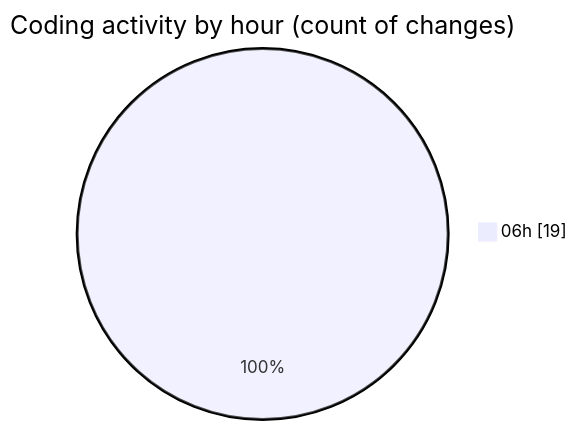
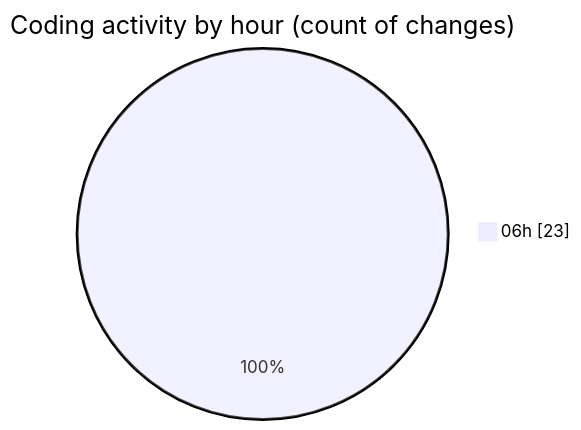
One commit to ernivani/code-tracking changed the second of 2 diagrams in 2025-01-03/impin_fr/README.md. Above: the diagram before and after it, drawn with Mermaid. The commit also changed other lines of this file and 4 other files, not shown here.

````diff
--- a/2025-01-03/impin_fr/README.md
+++ b/2025-01-03/impin_fr/README.md
@@ -36,5 +37,5 @@
 ```mermaid
 pie showData
 title Coding activity by hour (count of changes)
-"06h" : 19
+"06h" : 23
 ```
````
